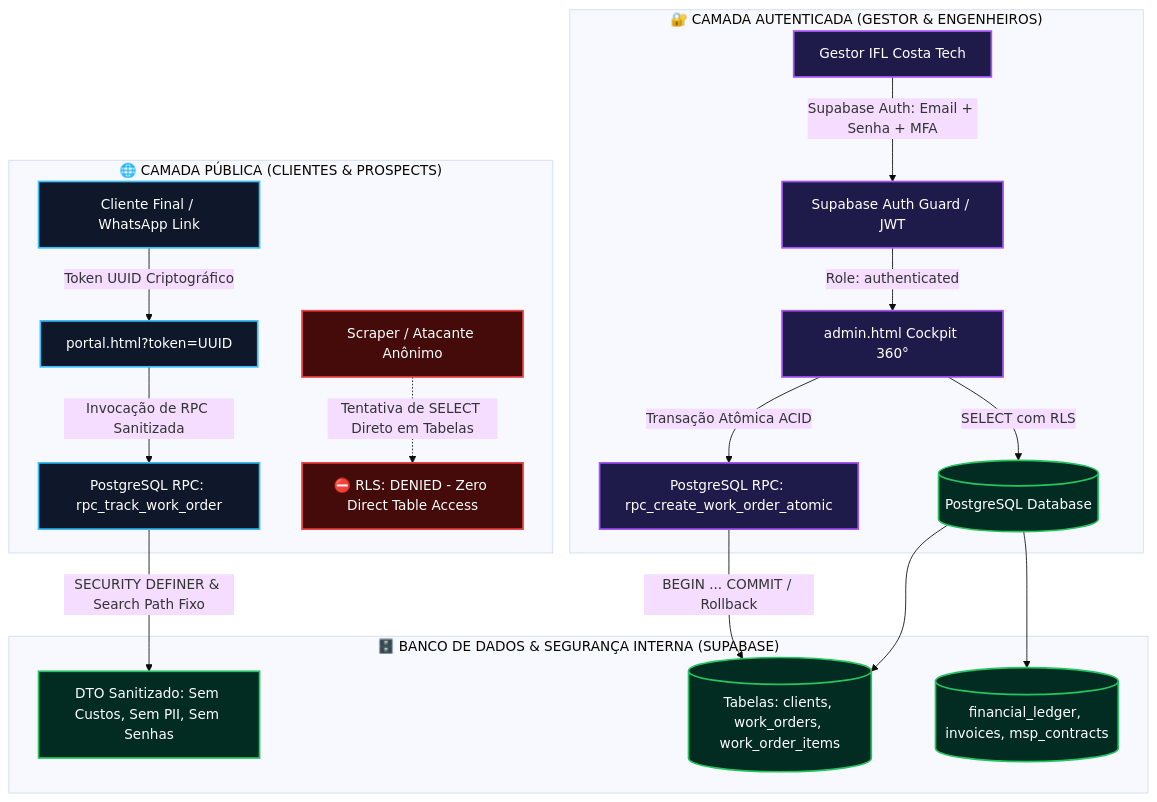
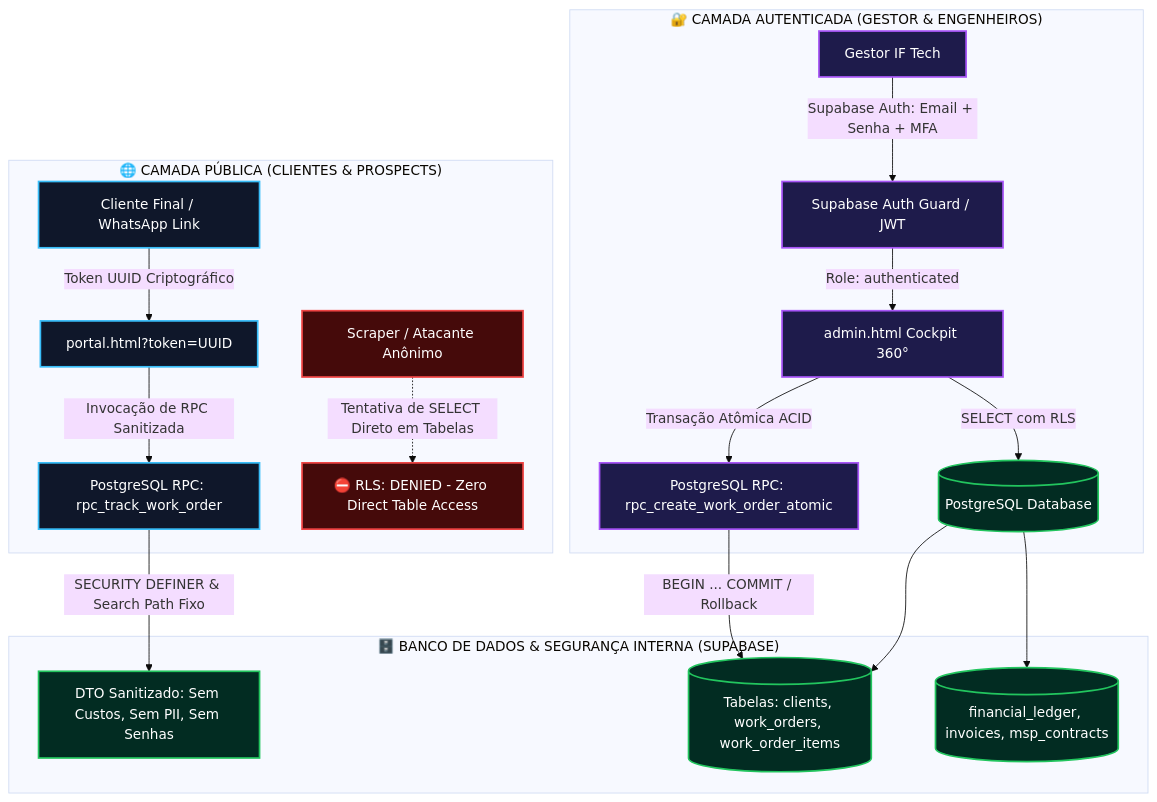
One commit to iflcosta/iflcosta-tech changed the diagram in docs/ops/DATABASE_SECURITY_AUDIT.md. Above: the diagram before and after it, drawn with Mermaid (base theme). The commit also changed other lines of this file and 40 other files, not shown here.

Commit message:
chore(brand): rebrand system and documentation from IFL Costa Tech to IF Tech

````diff
--- a/docs/ops/DATABASE_SECURITY_AUDIT.md
+++ b/docs/ops/DATABASE_SECURITY_AUDIT.md
@@ -128,32 +128,32 @@
 ```mermaid
 flowchart TD
     subgraph PUBLIC_LAYER["🌐 CAMADA PÚBLICA (CLIENTES & PROSPECTS)"]
         CL[Cliente Final / WhatsApp Link] -->|Token UUID Criptográfico| PORTAL[portal.html?token=UUID]
         PORTAL -->|Invocação de RPC Sanitizada| RPC_TRACK[PostgreSQL RPC: rpc_track_work_order]
         CRAWLER[Scraper / Atacante Anônimo] -.->|Tentativa de SELECT Direto em Tabelas| RLS_BLOCK[⛔ RLS: DENIED - Zero Direct Table Access]
     end
 
     subgraph ADMIN_LAYER["🔐 CAMADA AUTENTICADA (GESTOR & ENGENHEIROS)"]
-        ADMIN[Gestor IFL Costa Tech] -->|Supabase Auth: Email + Senha + MFA| AUTH_GUARD[Supabase Auth Guard / JWT]
+        ADMIN[Gestor IF Tech] -->|Supabase Auth: Email + Senha + MFA| AUTH_GUARD[Supabase Auth Guard / JWT]
         AUTH_GUARD -->|Role: authenticated| ADMIN_COCKPIT[admin.html Cockpit 360°]
         ADMIN_COCKPIT -->|Transação Atômica ACID| RPC_SAVE[PostgreSQL RPC: rpc_create_work_order_atomic]
         ADMIN_COCKPIT -->|SELECT com RLS| DB_CORE[(PostgreSQL Database)]
     end
 
     subgraph DB_LAYER["🗄️ BANCO DE DADOS & SEGURANÇA INTERNA (SUPABASE)"]
         RPC_TRACK -->|SECURITY DEFINER & Search Path Fixo| SEC_VIEW[DTO Sanitizado: Sem Custos, Sem PII, Sem Senhas]
         RPC_SAVE -->|BEGIN ... COMMIT / Rollback| TABLES[(Tabelas: clients, work_orders, work_order_items)]
         DB_CORE --> TABLES
         DB_CORE --> FIN[(financial_ledger, invoices, msp_contracts)]
     end
 
     classDef public fill:#0f172a,stroke:#38bdf8,stroke-width:2px,color:#fff;
     classDef admin fill:#1e1b4b,stroke:#a855f7,stroke-width:2px,color:#fff;
     classDef db fill:#022c22,stroke:#22c55e,stroke-width:2px,color:#fff;
     classDef block fill:#450a0a,stroke:#ef4444,stroke-width:2px,color:#fff;
 
     class CL,PORTAL,RPC_TRACK public;
     class ADMIN,AUTH_GUARD,ADMIN_COCKPIT,RPC_SAVE admin;
     class SEC_VIEW,TABLES,FIN,DB_CORE db;
     class CRAWLER,RLS_BLOCK block;
 ```
````
